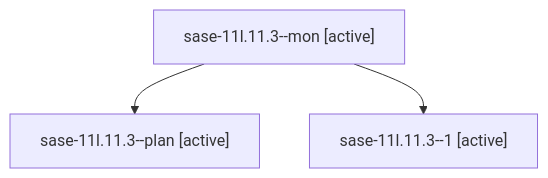
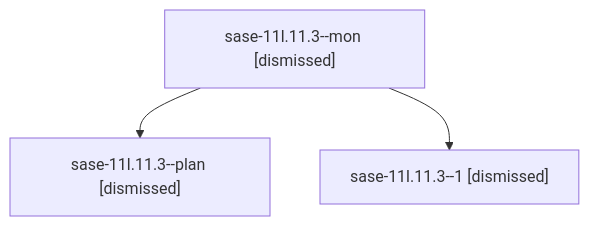
One commit to sase-org/sase--agents changed the diagram in sessions/bbugyi200.athena.sase-11l.11.3.md. Above: the diagram before and after it, drawn with Mermaid. The commit also changed other lines of this file and 204 other files, not shown here.

````diff
--- a/sessions/bbugyi200.athena.sase-11l.11.3.md
+++ b/sessions/bbugyi200.athena.sase-11l.11.3.md
@@ -9,8 +9,8 @@
 ```mermaid
 flowchart TD
-  n0["sase-11l.11.3--mon [active]"]
-  n1["sase-11l.11.3--plan [active]"]
+  n0["sase-11l.11.3--mon [dismissed]"]
+  n1["sase-11l.11.3--plan [dismissed]"]
   n0 --> n1
-  n2["sase-11l.11.3--1 [active]"]
+  n2["sase-11l.11.3--1 [dismissed]"]
   n0 --> n2
 ```
````
